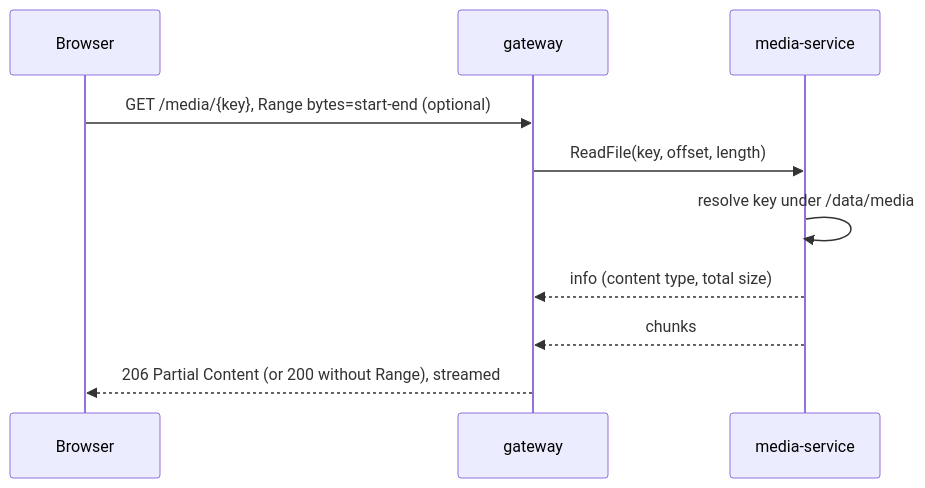
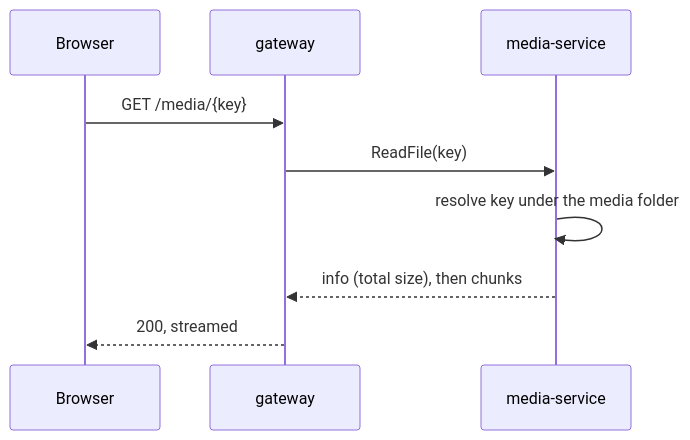
One commit to dancepop/svelte-kotlin-try changed the sixth of 6 diagrams in docs/backend-design.md. Above: the diagram before and after it, drawn with Mermaid. The commit also changed other lines of this file and 67 other files, not shown here.

````diff
--- a/docs/backend-design.md
+++ b/docs/backend-design.md
@@ -349,12 +215,11 @@
 ```mermaid
 sequenceDiagram
   participant B as Browser
   participant G as gateway
   participant M as media-service
-  B->>G: GET /media/{key}, Range bytes=start-end (optional)
-  G->>M: ReadFile(key, offset, length)
-  M->>M: resolve key under /data/media
-  M-->>G: info (content type, total size)
-  M-->>G: chunks
-  G-->>B: 206 Partial Content (or 200 without Range), streamed
+  B->>G: GET /media/{key}
+  G->>M: ReadFile(key)
+  M->>M: resolve key under the media folder
+  M-->>G: info (total size), then chunks
+  G-->>B: 200, streamed
 ```
````
